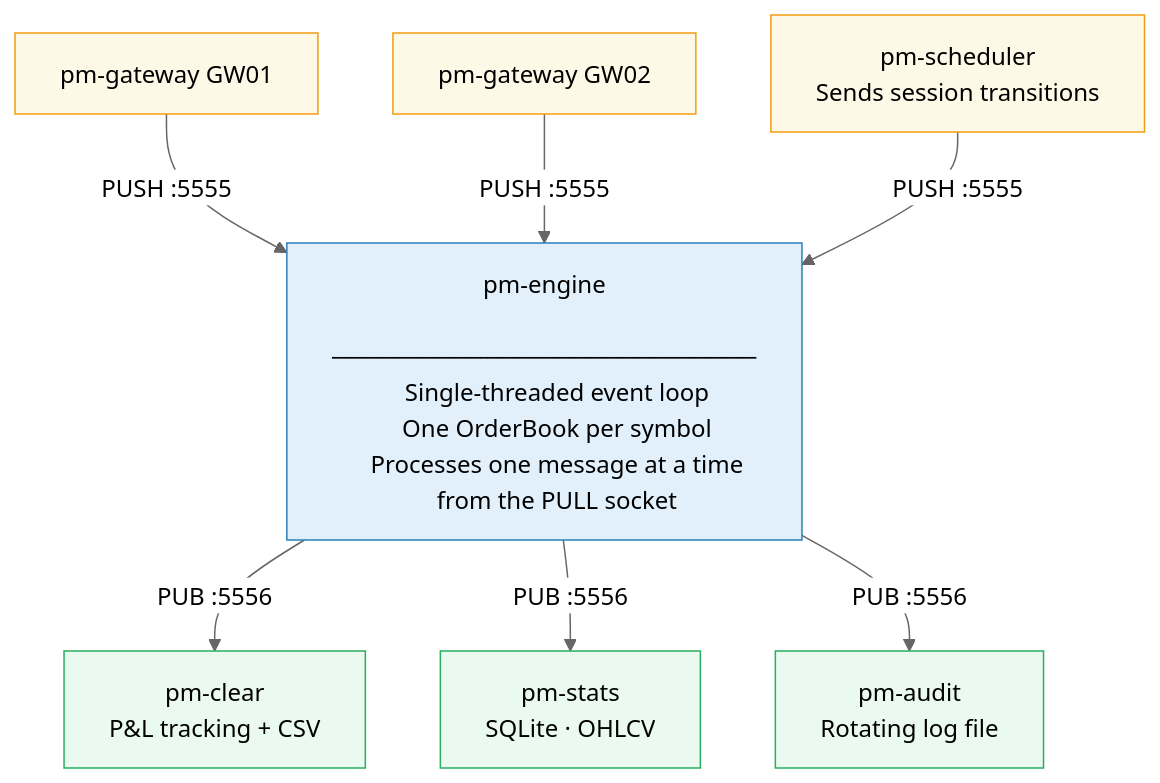
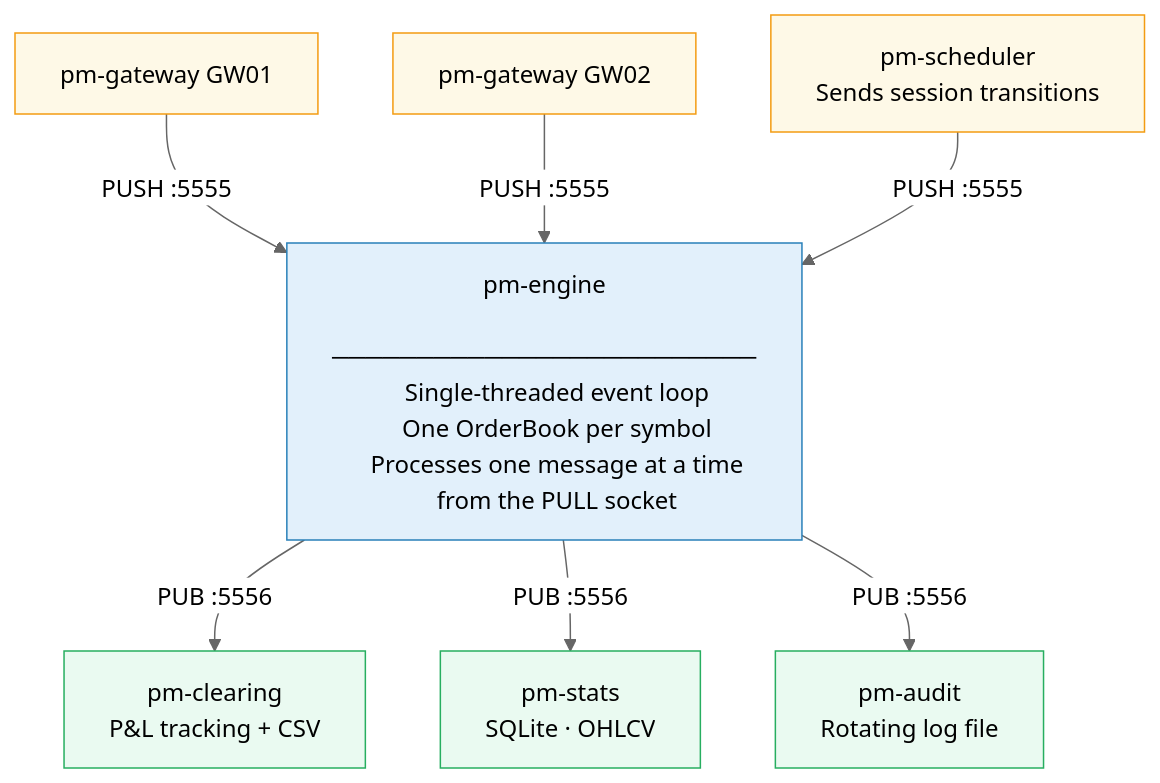
One commit to johan162/EduMatcher changed the eighth of 10 diagrams in docs/architecture/02-architecture-guide.md. Above: the diagram before and after it, drawn with Mermaid (neutral theme). The commit also changed other lines of this file and 1 other file, not shown here.

Commit message:
Update architecture description to match updated implementation

````diff
--- a/docs/architecture/02-architecture-guide.md
+++ b/docs/architecture/02-architecture-guide.md
@@ -1478,34 +1478,34 @@
 ```mermaid
 graph TB
     GW1["pm-gateway GW01"]
     GW2["pm-gateway GW02"]
     ENG["pm-engine
     ─────────────────────────
     Single-threaded event loop
     One OrderBook per symbol
     Processes one message at a time
     from the PULL socket"]
-    CLR["pm-clear
+    CLR["pm-clearing
     P&L tracking + CSV"]
     STA["pm-stats
     SQLite · OHLCV"]
     AUD["pm-audit
     Rotating log file"]
     SCH["pm-scheduler
     Sends session transitions"]
 
     GW1 -- "PUSH :5555" --> ENG
     GW2 -- "PUSH :5555" --> ENG
     SCH -- "PUSH :5555" --> ENG
     ENG -- "PUB :5556" --> CLR
     ENG -- "PUB :5556" --> STA
     ENG -- "PUB :5556" --> AUD
 
     style ENG fill:#e2f0fb,stroke:#2980b9,color:#000
     style GW1 fill:#fef9e7,stroke:#f39c12
     style GW2 fill:#fef9e7,stroke:#f39c12
     style SCH fill:#fef9e7,stroke:#f39c12
     style CLR fill:#eafaf1,stroke:#27ae60
     style STA fill:#eafaf1,stroke:#27ae60
     style AUD fill:#eafaf1,stroke:#27ae60
 ```
````
